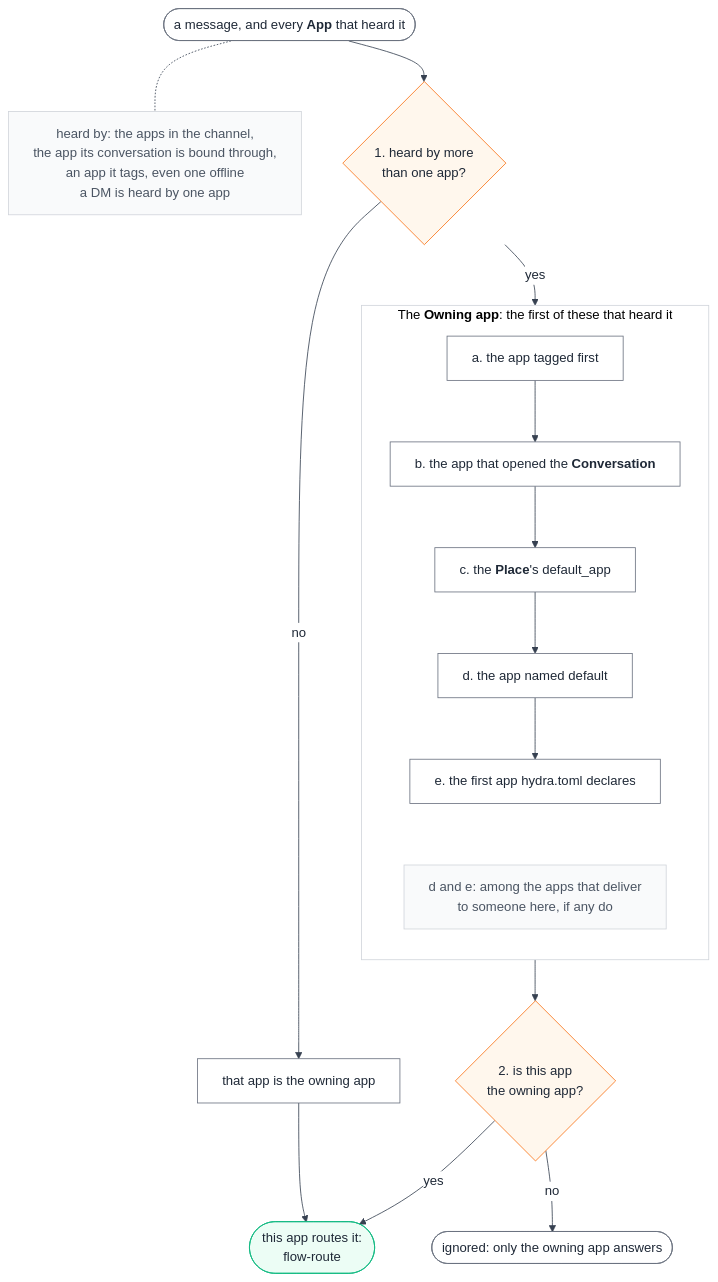
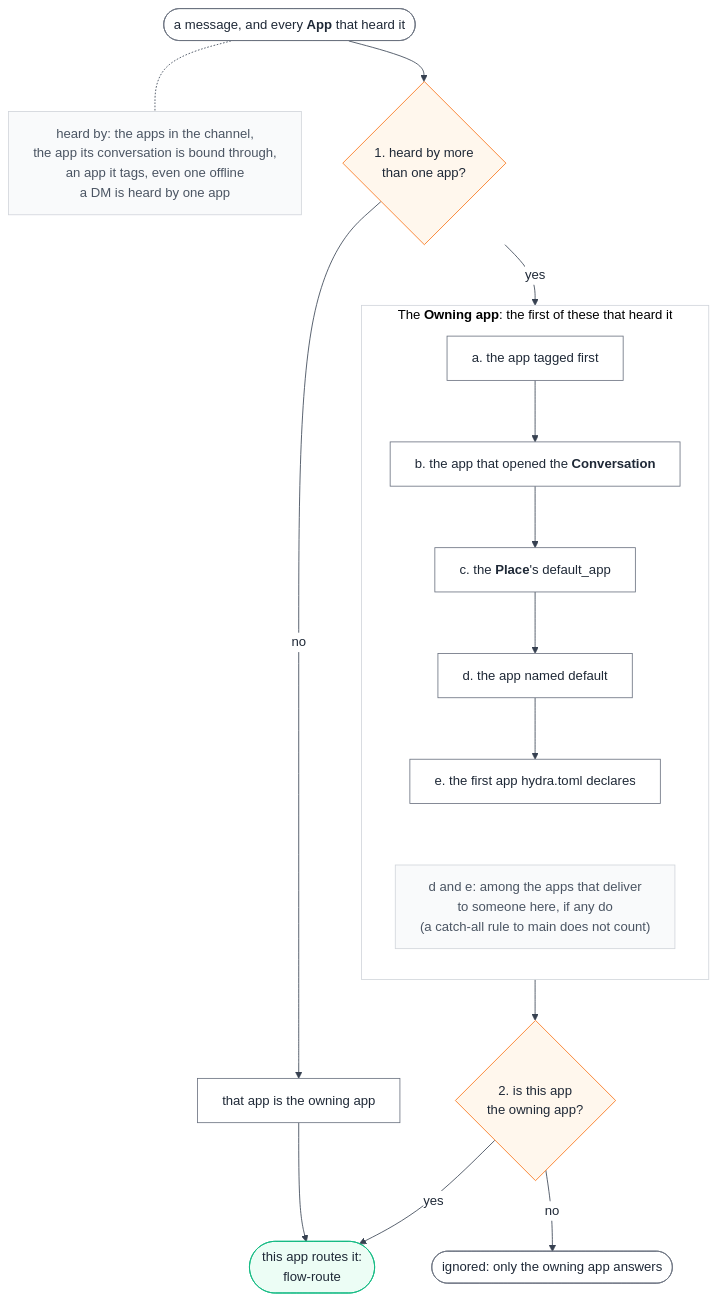
The diagram in diagrams/flow-route-owning-app.mmd (sf8193/hydra), drawn with Mermaid before and after one commit. The commit also changed 20 other files, not shown here.

```diff
--- a/diagrams/flow-route-owning-app.mmd
+++ b/diagrams/flow-route-owning-app.mmd
@@ -1,33 +1,33 @@
 %%{init: {"theme":"base","themeVariables":{"background":"#ffffff","primaryColor":"#ffffff","primaryBorderColor":"#6b7280","primaryTextColor":"#1f2937","lineColor":"#374151","clusterBkg":"#ffffff","clusterBorder":"#d1d5db"},"flowchart":{"wrappingWidth":420,"useMaxWidth":false}}}%%
 %% Which app answers a message that several Slack apps heard? owningApp(), routing/route.ts:178; route() asks it first (route.ts:211).
 %% Then flow-route: which target hears it. Every box's source: diagrams/flow-route-owning-app.sources.md.
 flowchart TD
   in(["a message, and every <b>App</b> that heard it"])
   heard["heard by: the apps in the channel,<br/>the app its conversation is bound through,<br/>an app it tags, even one offline<br/>a DM is heard by one app"]
   g1{"1. heard by more<br/>than one app?"}
   only["that app is the owning app"]
   subgraph ladder["The <b>Owning app</b>: the first of these that heard it"]
     direction TB
     o1["a. the app tagged first"]
     o2["b. the app that opened the <b>Conversation</b>"]
     o3["c. the <b>Place</b>'s default_app"]
     o4["d. the app named default"]
     o5["e. the first app hydra.toml declares"]
-    pool["d and e: among the apps that deliver<br/>to someone here, if any do"]
+    pool["d and e: among the apps that deliver<br/>to someone here, if any do<br/>(a catch-all rule to main does not count)"]
     o1 --> o2 --> o3 --> o4 --> o5 ~~~ pool
   end
   g2{"2. is this app<br/>the owning app?"}
   ign(["ignored: only the owning app answers"])
   next(["this app routes it:<br/>flow-route"])
   in --> g1
   in -.- heard
   g1 -->|no| only --> next
   g1 -->|yes| ladder --> g2
   g2 -->|no| ign
   g2 -->|yes| next
   classDef gate fill:#fff7ed,stroke:#f97316,color:#1f2937
   classDef done fill:#ecfdf5,stroke:#10b981,color:#1f2937
   classDef note fill:#f9fafb,stroke:#d1d5db,color:#4b5563
   class g1,g2 gate
   class next done
   class heard,pool note
```
